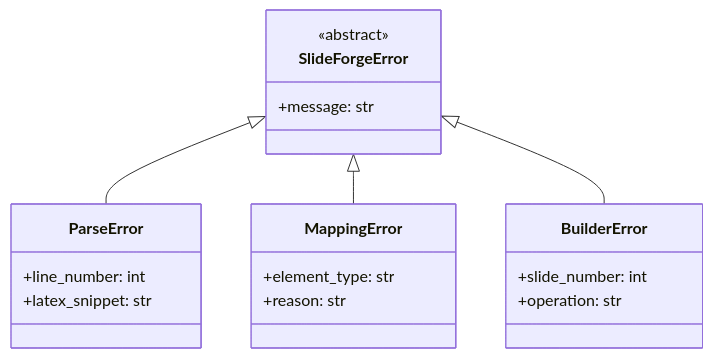
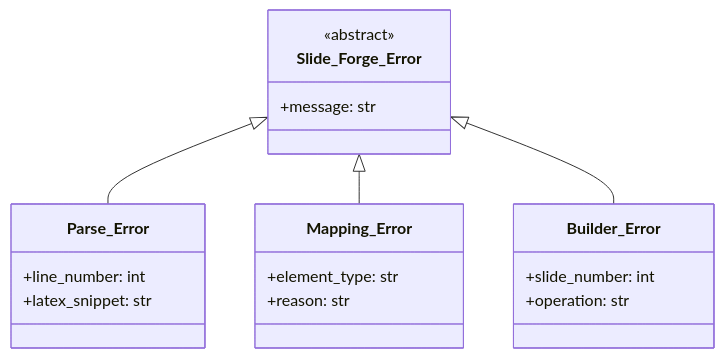
Before and after one commit to marvins/slide-forge: the sixth of 7 diagrams in docs/class-diagrams.md, drawn with Mermaid. The commit also changed other lines of this file and 9 other files, not shown here.

````diff
--- a/docs/class-diagrams.md
+++ b/docs/class-diagrams.md
@@ -194,26 +194,26 @@
 ```mermaid
 classDiagram
-    class SlideForgeError {
+    class Slide_Forge_Error {
         <<abstract>>
         +message: str
     }
 
-    class ParseError {
+    class Parse_Error {
         +line_number: int
         +latex_snippet: str
     }
 
-    class MappingError {
+    class Mapping_Error {
         +element_type: str
         +reason: str
     }
 
-    class BuilderError {
+    class Builder_Error {
         +slide_number: int
         +operation: str
     }
 
-    SlideForgeError <|-- ParseError
-    SlideForgeError <|-- MappingError
-    SlideForgeError <|-- BuilderError
+    Slide_Forge_Error <|-- Parse_Error
+    Slide_Forge_Error <|-- Mapping_Error
+    Slide_Forge_Error <|-- Builder_Error
 ```
````
